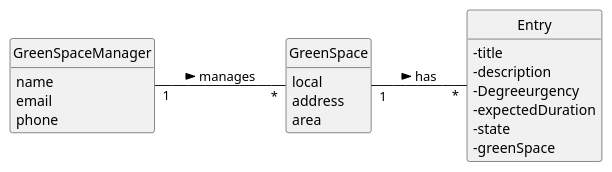
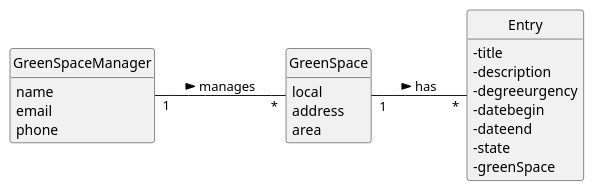
The diagram in docs/sprintC/us025/02.analysis/puml/us025-domain-model.puml (rpedros02/lei-24-s2-1DL-g08), drawn with PlantUML before and after one commit. The commit also changed 5 other files, not shown here.

```diff
--- a/docs/sprintC/us025/02.analysis/puml/us025-domain-model.puml
+++ b/docs/sprintC/us025/02.analysis/puml/us025-domain-model.puml
@@ -1,34 +1,36 @@
 @startuml
 skinparam monochrome true
 skinparam packageStyle rectangle
 skinparam shadowing false
 
 left to right direction
 skinparam classAttributeIconSize 0
 
 hide circle
 hide methods
 
 
 class GreenSpace{
     local
     address
     area
 }
 
-class "Entry" {
-    -title
-    -description
-    -Degreeurgency
-    -expectedDuration
-    -state
-    -greenSpace
+class  Entry{
+        -title
+        -description
+        -degreeurgency
+        -datebegin
+        -dateend
+        -state
+        -greenSpace
 }
+
 class GreenSpaceManager {
     name
     email
     phone
 }
 GreenSpace "1" -- "*" "Entry" : has >
 GreenSpaceManager "1" -- "*" GreenSpace : manages >
 @enduml
```
